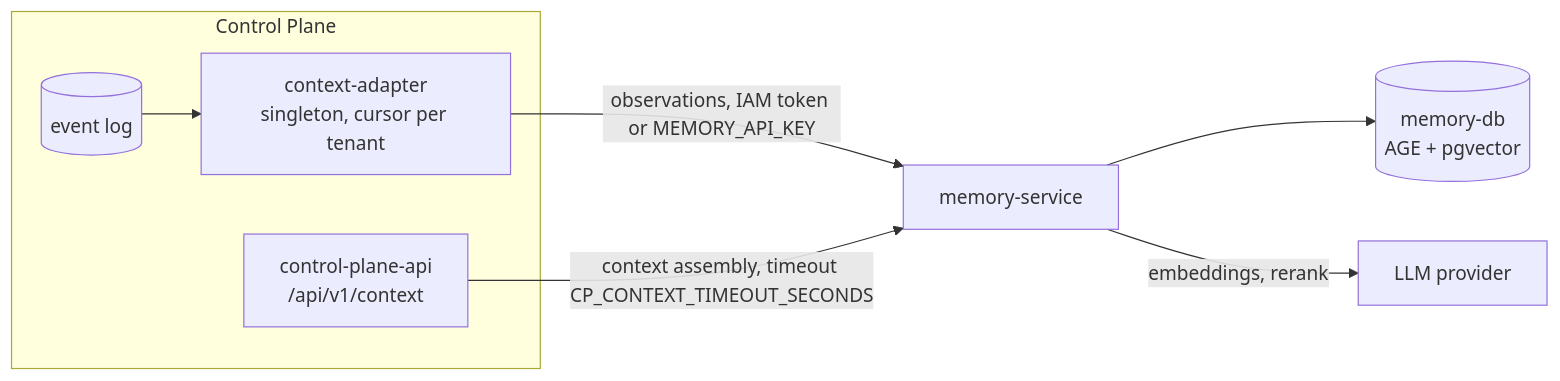
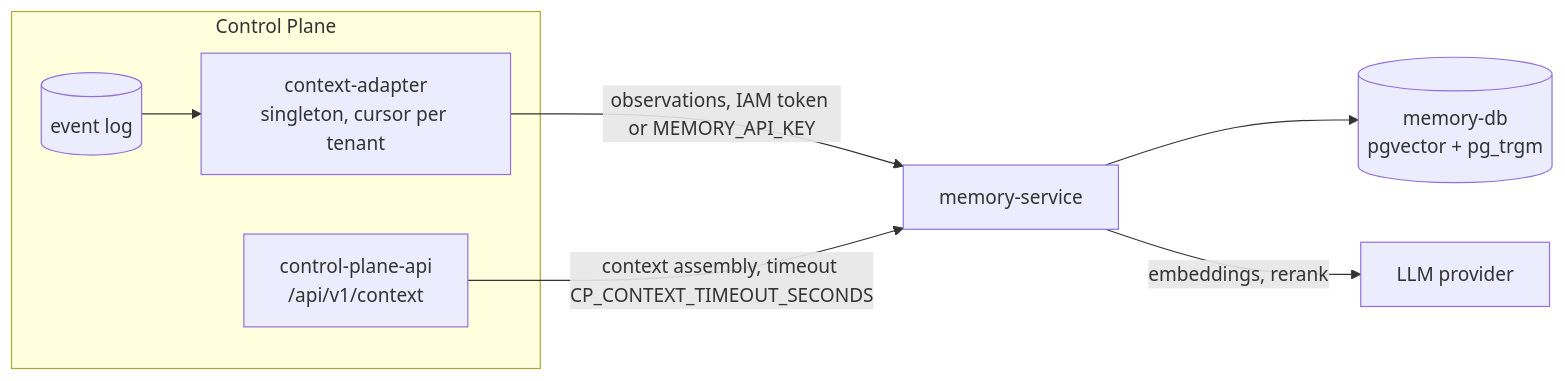
Before and after one commit to taimen-ai/taimen: the diagram in guide/docs/troubleshooting/memory.md, drawn with Mermaid. The commit also changed other lines of this file and 33 other files, not shown here.

Commit message:
guide: memory graph in PostgreSQL tables, not Apache AGE (regenerated from the platform guide)

````diff
--- a/guide/docs/troubleshooting/memory.md
+++ b/guide/docs/troubleshooting/memory.md
@@ -11,11 +11,11 @@
 ```mermaid
 flowchart LR
     subgraph cp[Control Plane]
         J[(event log)] --> A[context-adapter<br/>singleton, cursor per tenant]
         API[control-plane-api<br/>/api/v1/context]
     end
     A -->|observations, IAM token or MEMORY_API_KEY| M[memory-service]
     API -->|context assembly, timeout CP_CONTEXT_TIMEOUT_SECONDS| M
-    M --> DB[(memory-db<br/>AGE + pgvector)]
+    M --> DB[(memory-db<br/>pgvector + pg_trgm)]
     M -->|embeddings, rerank| LLM[LLM provider]
 ```
````
